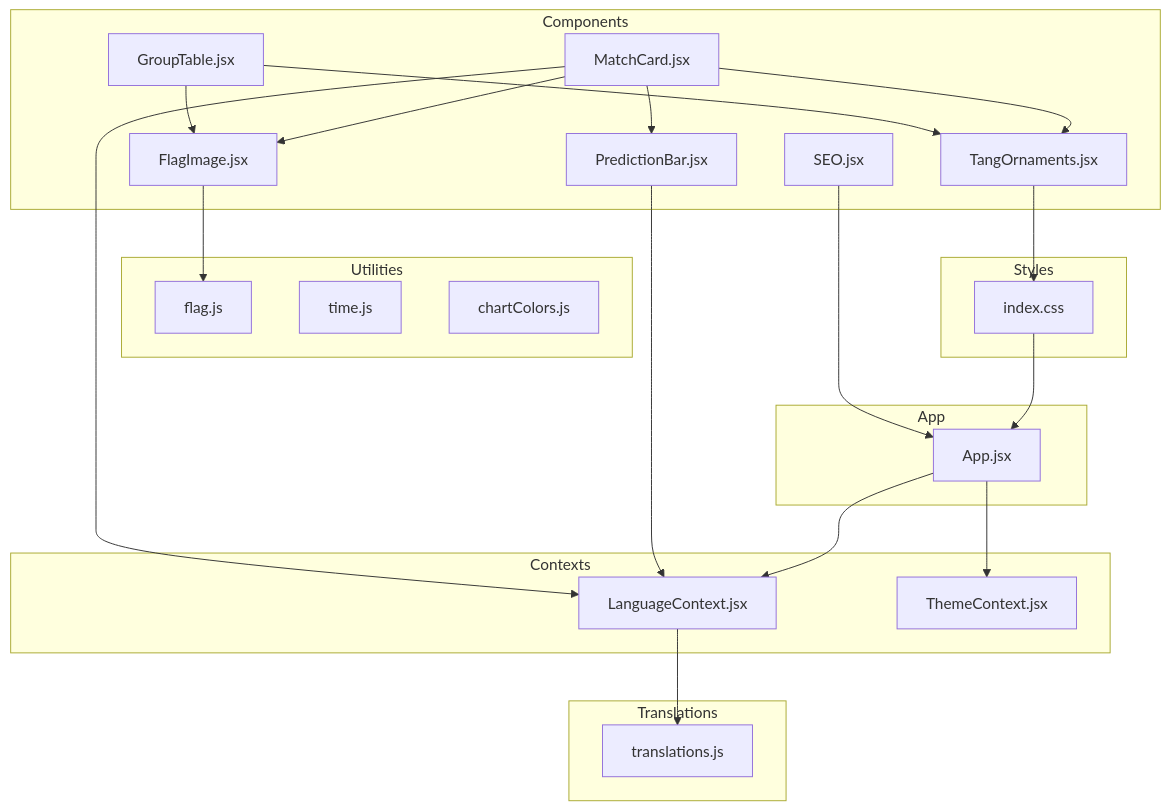
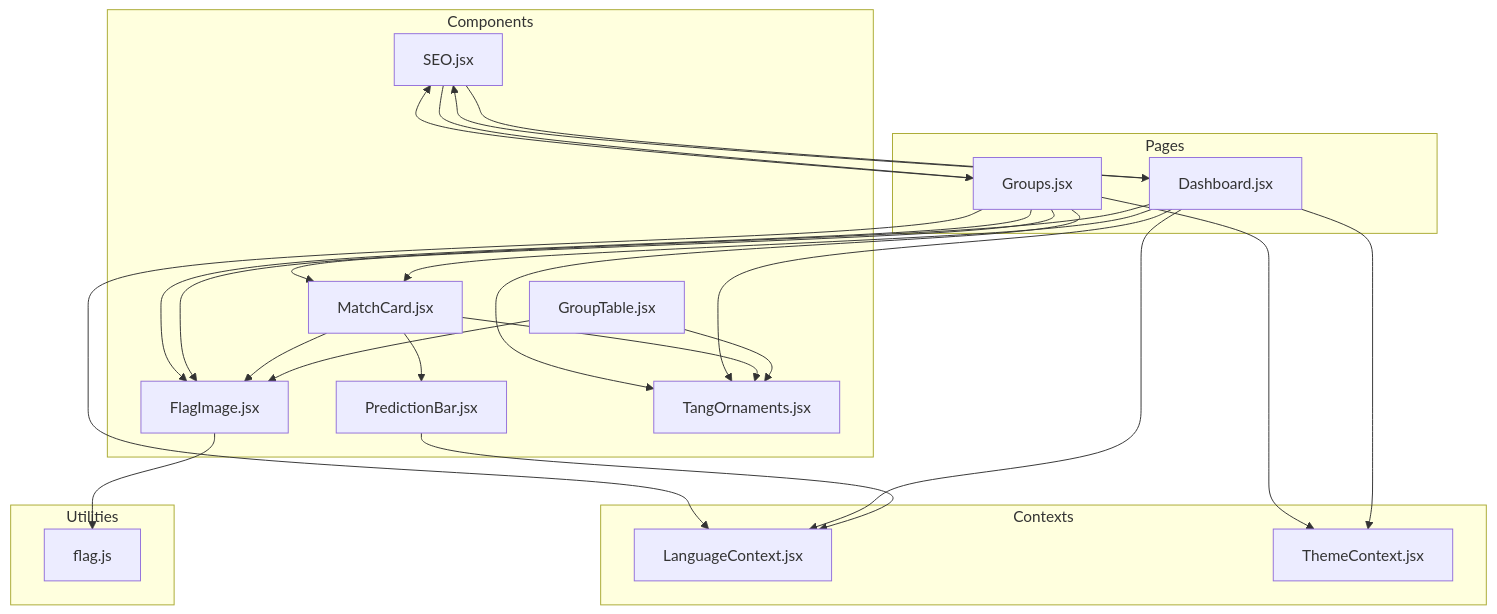
Before and after one commit to cheesiong/WC26-qwen: the first of 9 diagrams in .qoder/repowiki/en/content/Frontend Application/UI Components.md, drawn with Mermaid. The commit also changed other lines of this file and 181 other files, not shown here.

````diff
--- a/.qoder/repowiki/en/content/Frontend Application/UI Components.md
+++ b/.qoder/repowiki/en/content/Frontend Application/UI Components.md
@@ -38,43 +46,43 @@
 ```mermaid
 graph TB
 subgraph "Components"
 FI["FlagImage.jsx"]
 GT["GroupTable.jsx"]
 MC["MatchCard.jsx"]
 PB["PredictionBar.jsx"]
 SEO["SEO.jsx"]
 TO["TangOrnaments.jsx"]
 end
 subgraph "Utilities"
-FL["flag.js"]
-TM["time.js"]
-CC["chartColors.js"]
+FU["flag.js"]
 end
 subgraph "Contexts"
 LC["LanguageContext.jsx"]
 TC["ThemeContext.jsx"]
 end
-subgraph "Styles"
-CSS["index.css"]
+subgraph "Pages"
+DASH["Dashboard.jsx"]
+GRPS["Groups.jsx"]
 end
-subgraph "App"
-APP["App.jsx"]
-end
-subgraph "Translations"
-TR["translations.js"]
-end
-FI --> FL
+FI --> FU
 GT --> FI
 GT --> TO
+MC --> FI
 MC --> PB
-MC --> FI
 MC --> TO
-MC --> LC
 PB --> LC
-SEO --> APP
-TO --> CSS
-LC --> TR
-APP --> LC
-APP --> TC
-CSS --> APP
+SEO --> DASH
+SEO --> GRPS
+DASH --> TO
+GRPS --> TO
+DASH --> FI
+GRPS --> FI
+DASH --> MC
+GRPS --> MC
+DASH --> SEO
+GRPS --> SEO
+DASH --> LC
+GRPS --> LC
+DASH --> TC
+GRPS --> TC
 ```
````
